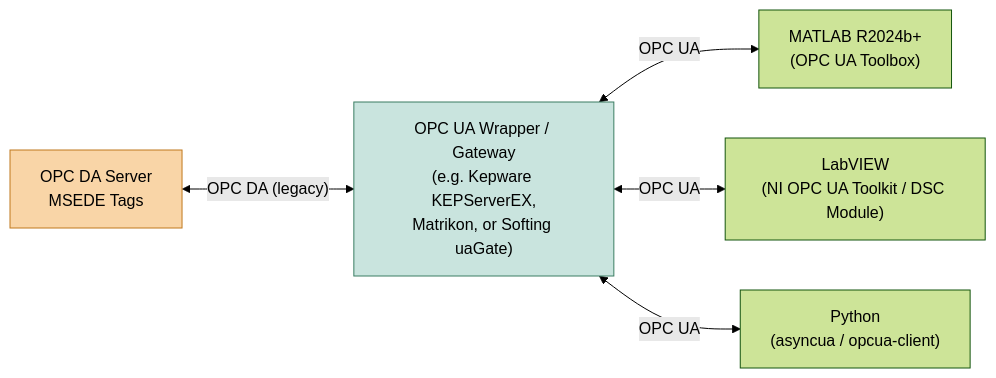
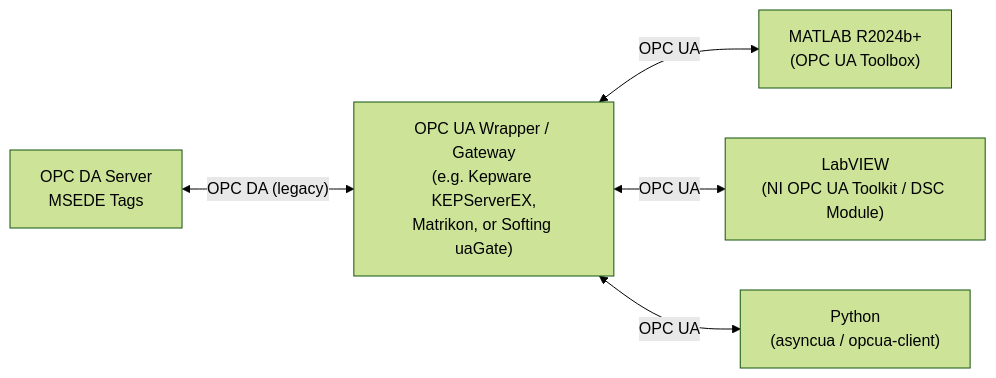
The second of 2 diagrams in README.md (exitTerra/PilotPlantHandoverDocumentation), drawn with Mermaid (forest theme) before and after one commit.

Commit message:
Remove style definitions for OPCDA and GW
Removed style definitions for OPCDA and GW from the README.

````diff
--- a/README.md
+++ b/README.md
@@ -59,17 +59,14 @@
 ```mermaid
 flowchart LR
     OPCDA[OPC DA Server<br/>MSEDE Tags]
     GW["OPC UA Wrapper / Gateway<br/>(e.g. Kepware KEPServerEX,<br/>Matrikon, or Softing uaGate)"]
 
     MATLAB["MATLAB R2024b+<br/>(OPC UA Toolbox)"]
     LV["LabVIEW<br/>(NI OPC UA Toolkit / DSC Module)"]
     PY["Python<br/>(asyncua / opcua-client)"]
 
     OPCDA <-- "OPC DA (legacy)" --> GW
     GW <-- "OPC UA" --> MATLAB
     GW <-- "OPC UA" --> LV
     GW <-- "OPC UA" --> PY
-
-    style OPCDA fill:#f9d5a7,stroke:#c0791d
-    style GW fill:#c9e4de,stroke:#3a7d63
 ```
````
